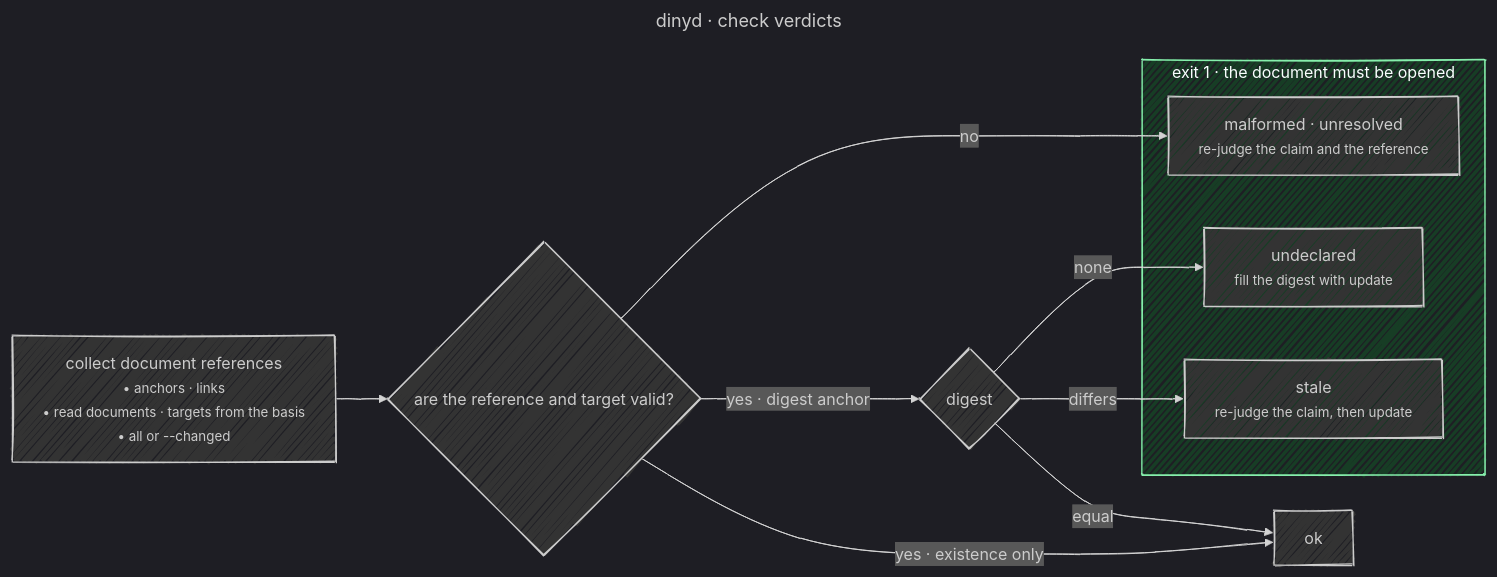
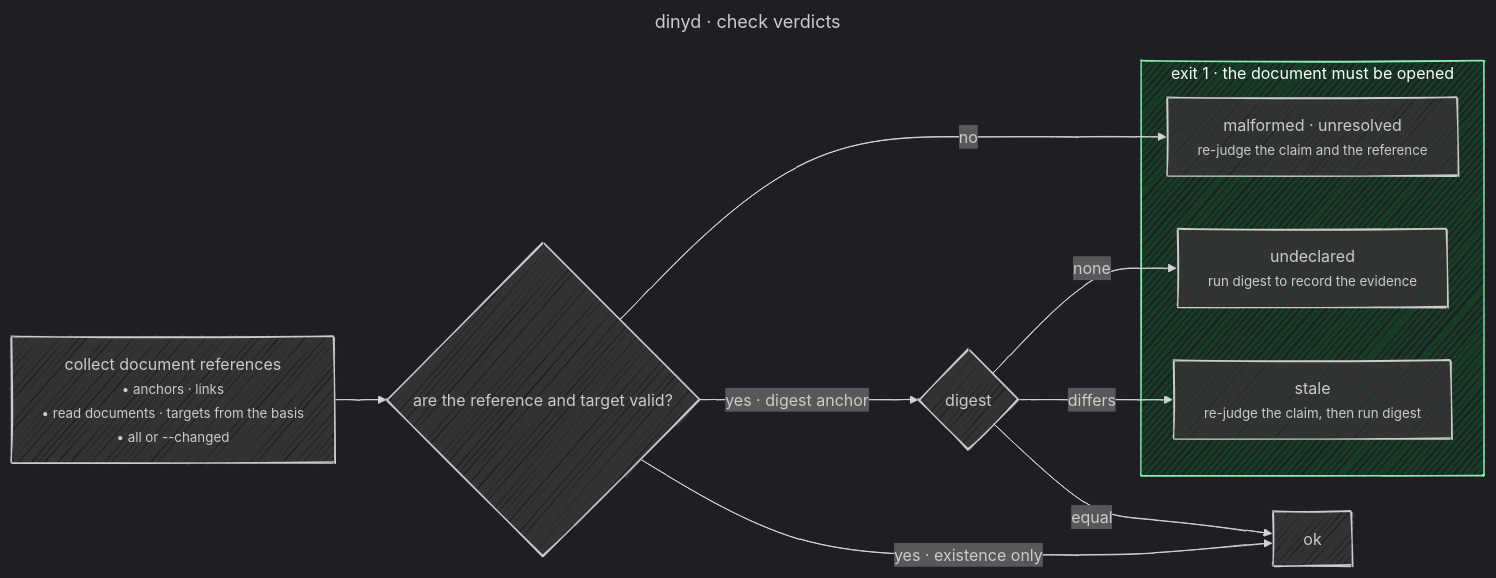
The diagram in blueprint/check.mermaid (undervoke/dinyd), drawn with Mermaid before and after one commit. The commit also changed 33 other files, not shown here.

```diff
--- a/blueprint/check.mermaid
+++ b/blueprint/check.mermaid
@@ -1,37 +1,37 @@
 ---
 title: dinyd · check verdicts
 config:
   look: handDrawn
   handDrawnSeed: 5
   theme: dark
   themeVariables:
     mainBkg: "#333333"
     clusterBkg: "#242424"
   themeCSS: |
     small { display: inline-block; text-align: left; }
   flowchart:
     wrappingWidth: 300
 ---
 %% Behavior authority: check.md.
 flowchart LR
   Collect["collect document references<br/><small>• anchors · links<br/>• read documents · targets from the basis<br/>• all or --changed</small>"]
   Found{"are the reference and target valid?"}
   Digest{"digest"}
   Ok["ok"]
 
   subgraph Fail["exit 1 · the document must be opened"]
     Broken["malformed · unresolved<br/><small>re-judge the claim and the reference</small>"]
-    Undeclared["undeclared<br/><small>fill the digest with update</small>"]
-    Stale["stale<br/><small>re-judge the claim, then update</small>"]
+    Undeclared["undeclared<br/><small>run digest to record the evidence</small>"]
+    Stale["stale<br/><small>re-judge the claim, then run digest</small>"]
   end
 
   Collect --> Found
   Found -->|no| Broken
   Found -->|yes · existence only| Ok
   Found -->|yes · digest anchor| Digest
   Digest -->|none| Undeclared
   Digest -->|differs| Stale
   Digest -->|equal| Ok
 
   classDef em fill:#173d25,stroke:#86efac
   class Fail em
```
